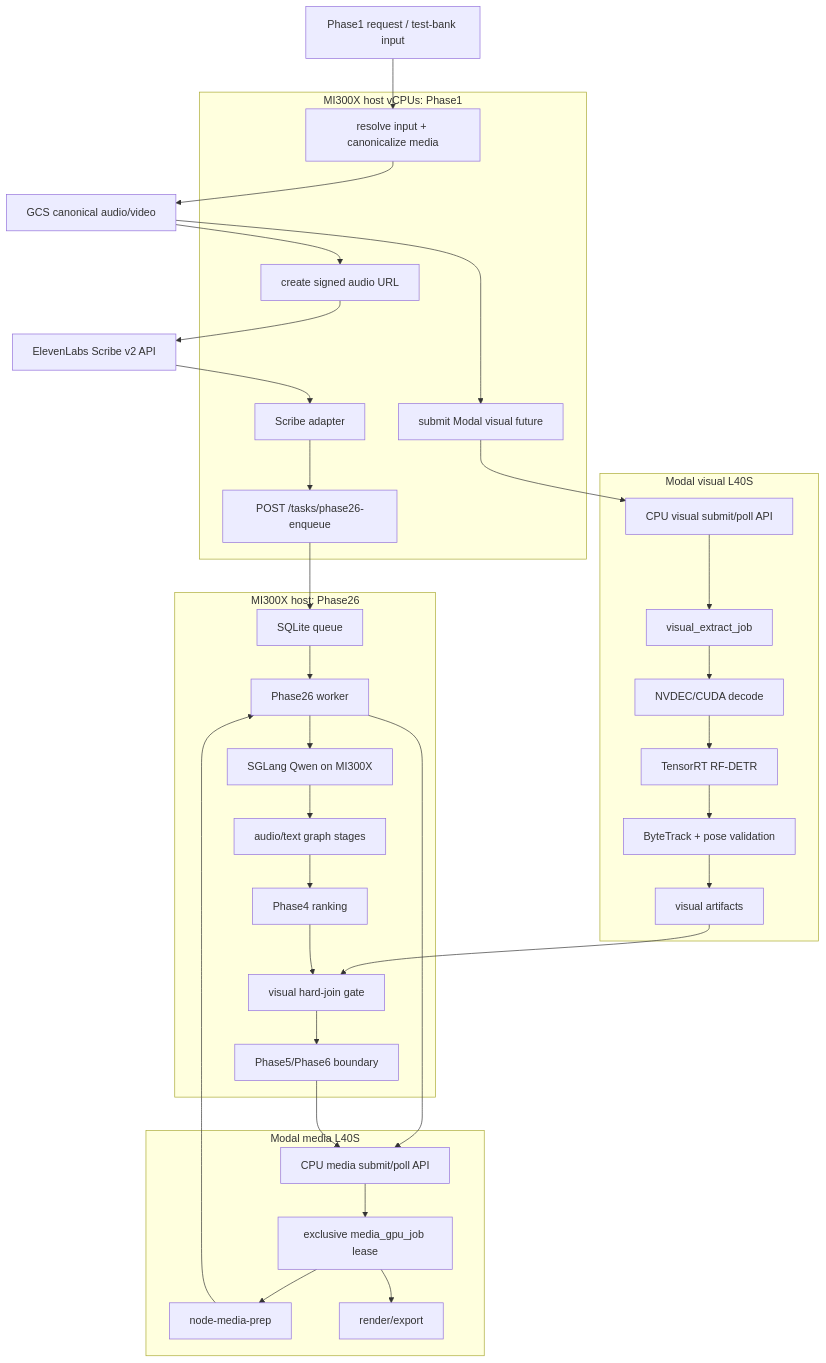
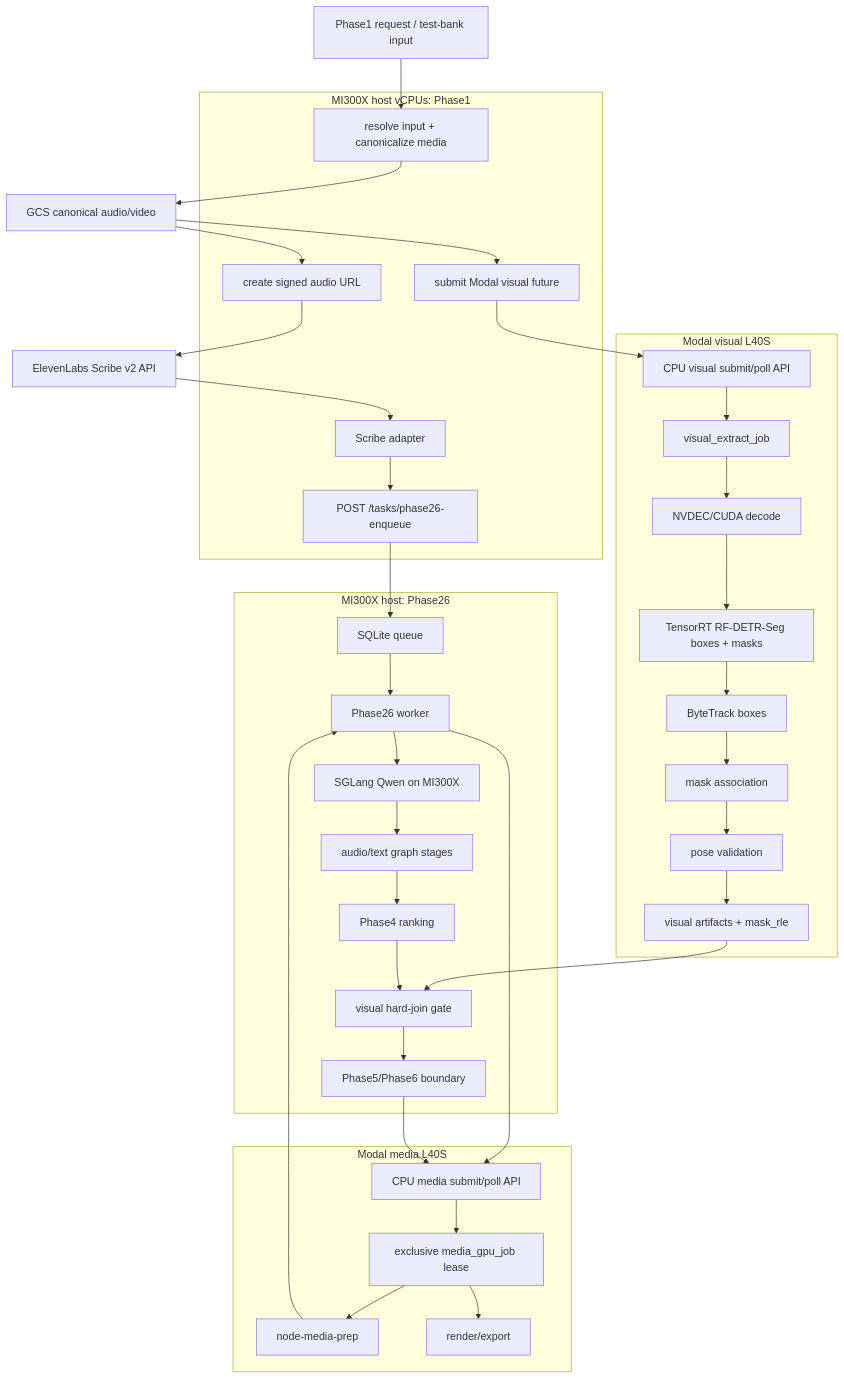
Before and after one commit to ClyptAI/Clypt-Backend: the first of 4 diagrams in docs/specs/2026-05-02_scribe_v2_modal_l40s_phase1_phase26_refactor_spec.md, drawn with Mermaid. The commit also changed other lines of this file and 29 other files, not shown here.

First line of the commit message:
Use RF-DETR-Seg Nano for Modal visual masks

````diff
--- a/docs/specs/2026-05-02_scribe_v2_modal_l40s_phase1_phase26_refactor_spec.md
+++ b/docs/specs/2026-05-02_scribe_v2_modal_l40s_phase1_phase26_refactor_spec.md
@@ -102,50 +104,52 @@
 ```mermaid
 flowchart TD
   USER["Phase1 request / test-bank input"]
   GCS["GCS canonical audio/video"]
   SCRIBE["ElevenLabs Scribe v2 API"]
 
   subgraph P1HOST["MI300X host vCPUs: Phase1"]
     INGEST["resolve input + canonicalize media"]
     SIGN["create signed audio URL"]
     VSUB["submit Modal visual future"]
     ADAPT["Scribe adapter"]
     P26POST["POST /tasks/phase26-enqueue"]
   end
 
   subgraph VIS["Modal visual L40S"]
     VAPI["CPU visual submit/poll API"]
     VJOB["visual_extract_job"]
     VDECODE["NVDEC/CUDA decode"]
-    VDET["TensorRT RF-DETR"]
-    VTRACK["ByteTrack + pose validation"]
-    VOUT["visual artifacts"]
+    VDET["TensorRT RF-DETR-Seg boxes + masks"]
+    VTRACK["ByteTrack boxes"]
+    VMASK["mask association"]
+    VPOSE["pose validation"]
+    VOUT["visual artifacts + mask_rle"]
   end
 
   subgraph P26["MI300X host: Phase26"]
     Q["SQLite queue"]
     W["Phase26 worker"]
     SGL["SGLang Qwen on MI300X"]
     AUD["audio/text graph stages"]
     JOIN["visual hard-join gate"]
     RANK["Phase4 ranking"]
     P56["Phase5/Phase6 boundary"]
   end
 
   subgraph MEDIA["Modal media L40S"]
     MAPI["CPU media submit/poll API"]
     LEASE["exclusive media_gpu_job lease"]
     PREP["node-media-prep"]
     RENDER["render/export"]
   end
 
   USER --> INGEST --> GCS
   GCS --> SIGN --> SCRIBE --> ADAPT --> P26POST --> Q --> W
-  GCS --> VSUB --> VAPI --> VJOB --> VDECODE --> VDET --> VTRACK --> VOUT
+  GCS --> VSUB --> VAPI --> VJOB --> VDECODE --> VDET --> VTRACK --> VMASK --> VPOSE --> VOUT
   W --> SGL --> AUD --> RANK
   VOUT --> JOIN
   RANK --> JOIN --> P56
   W --> MAPI --> LEASE --> PREP --> W
   P56 --> MAPI
   LEASE --> RENDER
 ```
````
